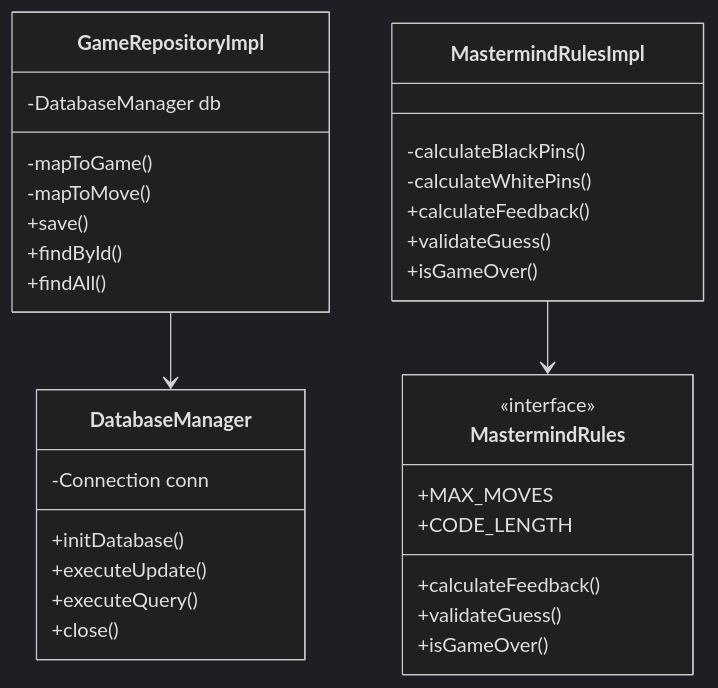
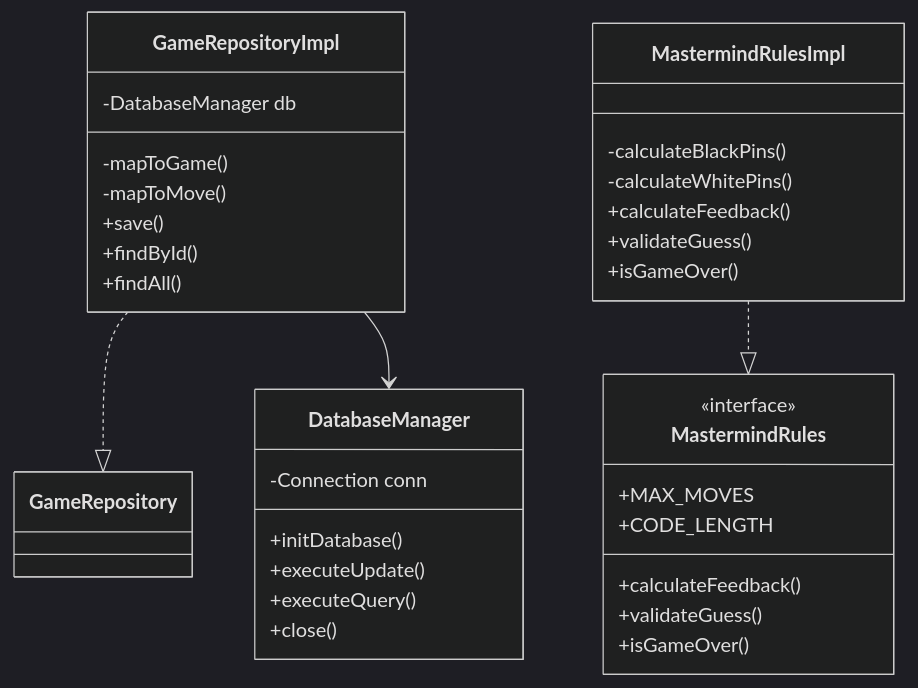
The third of 3 diagrams in docs/class-diagram-hw1.md (Andrew2114/kotlin-s_game), drawn with Mermaid (dark theme) before and after one commit. The commit also changed other lines of this file, not shown here.

````diff
--- a/docs/class-diagram-hw1.md
+++ b/docs/class-diagram-hw1.md
@@ -146,44 +148,45 @@
 ```mermaid
 classDiagram
     direction TB
     
     %% ============ ИНТЕРФЕЙСЫ ============
     class MastermindRules {
         <<interface>>
         +calculateFeedback()
         +validateGuess()
         +isGameOver()
         +MAX_MOVES
         +CODE_LENGTH
     }
     
     %% ============ ИНФРАСТРУКТУРА (РЕАЛИЗАЦИИ) ============
     class DatabaseManager {
         -Connection conn
         +initDatabase()
         +executeUpdate()
         +executeQuery()
         +close()
     }
     
     class GameRepositoryImpl {
         -DatabaseManager db
         -mapToGame()
         -mapToMove()
         +save()
         +findById()
         +findAll()
     }
     
     class MastermindRulesImpl {
         -calculateBlackPins()
         -calculateWhitePins()
         +calculateFeedback()
         +validateGuess()
         +isGameOver()
     }
     
     %% ============ СВЯЗИ ============
-    MastermindRulesImpl --> MastermindRules
+    MastermindRulesImpl ..|> MastermindRules
+    GameRepositoryImpl ..|> GameRepository
     GameRepositoryImpl --> DatabaseManager
 ```
````
